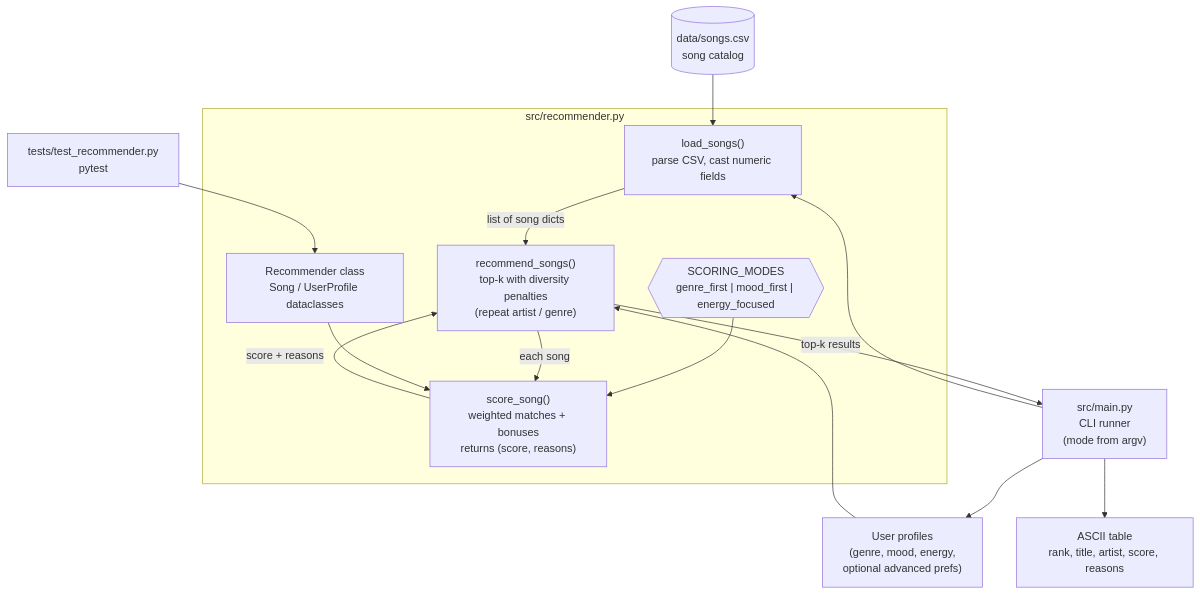
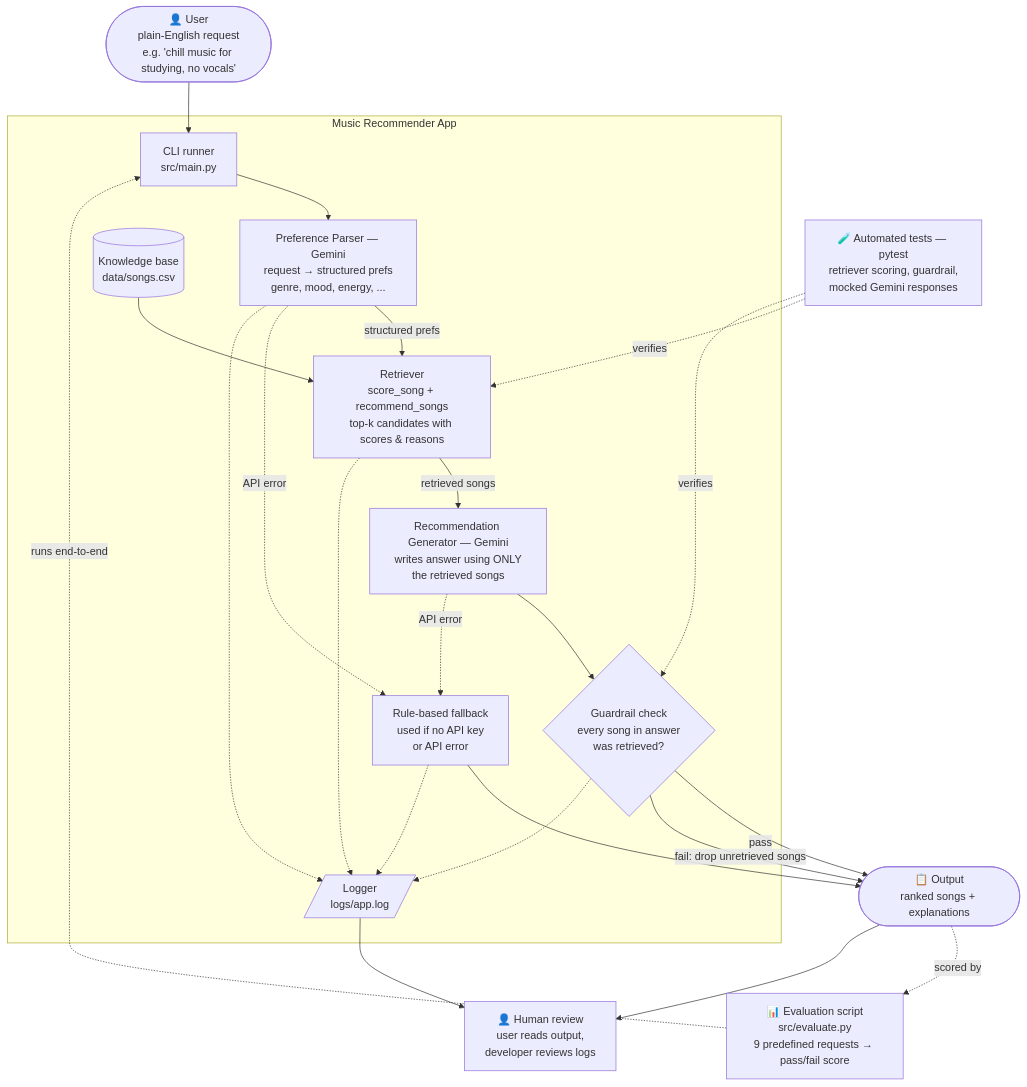
Before and after one commit to suchitrat24/Applied_AI_CodePath_FinalProject: the diagram in diagrams/architecture.mmd, drawn with Mermaid. The commit also changed 8 other files, not shown here.

First line of the commit message:
Add Gemini RAG pipeline, evaluation harness, README, and model card

```diff
--- a/diagrams/architecture.mmd
+++ b/diagrams/architecture.mmd
@@ -1,30 +1,52 @@
 flowchart TD
-    %% Music Recommender Simulation - system architecture
+    %% Music Recommender with RAG - system architecture
 
-    CSV[("data/songs.csv<br/>song catalog")]
-    CLI["src/main.py<br/>CLI runner<br/>(mode from argv)"]
-    Profiles["User profiles<br/>(genre, mood, energy,<br/>optional advanced prefs)"]
+    %% ---------- Input ----------
+    User(["👤 User<br/>plain-English request<br/>e.g. 'chill music for studying, no vocals'"])
 
-    subgraph REC["src/recommender.py"]
-        Load["load_songs()<br/>parse CSV, cast numeric fields"]
-        Modes{{"SCORING_MODES<br/>genre_first | mood_first | energy_focused"}}
-        Score["score_song()<br/>weighted matches + bonuses<br/>returns (score, reasons)"]
-        Rank["recommend_songs()<br/>top-k with diversity penalties<br/>(repeat artist / genre)"]
-        OOP["Recommender class<br/>Song / UserProfile dataclasses"]
+    %% ---------- Process ----------
+    subgraph APP["Music Recommender App"]
+        CLI["CLI runner<br/>src/main.py"]
+        Parser["Preference Parser — Gemini<br/>request → structured prefs<br/>genre, mood, energy, ..."]
+        KB[("Knowledge base<br/>data/songs.csv")]
+        Retriever["Retriever<br/>score_song + recommend_songs<br/>top-k candidates with scores & reasons"]
+        Generator["Recommendation Generator — Gemini<br/>writes answer using ONLY<br/>the retrieved songs"]
+        Guard{"Guardrail check<br/>every song in answer<br/>was retrieved?"}
+        Fallback["Rule-based fallback<br/>used if no API key<br/>or API error"]
+        Log[/"Logger<br/>logs/app.log"/]
     end
 
-    Output["ASCII table<br/>rank, title, artist, score, reasons"]
-    Tests["tests/test_recommender.py<br/>pytest"]
+    %% ---------- Output ----------
+    Output(["📋 Output<br/>ranked songs + explanations"])
 
-    CSV --> Load
-    CLI --> Load
-    CLI --> Profiles
-    Load -->|list of song dicts| Rank
-    Profiles --> Rank
-    Modes --> Score
-    Rank -->|each song| Score
-    Score -->|score + reasons| Rank
-    Rank -->|top-k results| CLI
-    CLI --> Output
-    OOP --> Score
-    Tests --> OOP
+    %% ---------- Checking AI results ----------
+    Tests["🧪 Automated tests — pytest<br/>retriever scoring, guardrail,<br/>mocked Gemini responses"]
+    Eval["📊 Evaluation script<br/>src/evaluate.py<br/>9 predefined requests → pass/fail score"]
+    Human["👤 Human review<br/>user reads output,<br/>developer reviews logs"]
+
+    %% Data flow
+    User --> CLI
+    CLI --> Parser
+    Parser -->|structured prefs| Retriever
+    KB --> Retriever
+    Retriever -->|retrieved songs| Generator
+    Generator --> Guard
+    Guard -->|pass| Output
+    Guard -->|"fail: drop unretrieved songs"| Output
+    Parser -. API error .-> Fallback
+    Generator -. API error .-> Fallback
+    Fallback --> Output
+
+    %% Logging
+    Parser -.-> Log
+    Retriever -.-> Log
+    Guard -.-> Log
+    Fallback -.-> Log
+
+    %% Where AI results are checked
+    Tests -. verifies .-> Retriever
+    Tests -. verifies .-> Guard
+    Eval -. runs end-to-end .-> CLI
+    Output -. scored by .-> Eval
+    Output --> Human
+    Log --> Human
```
